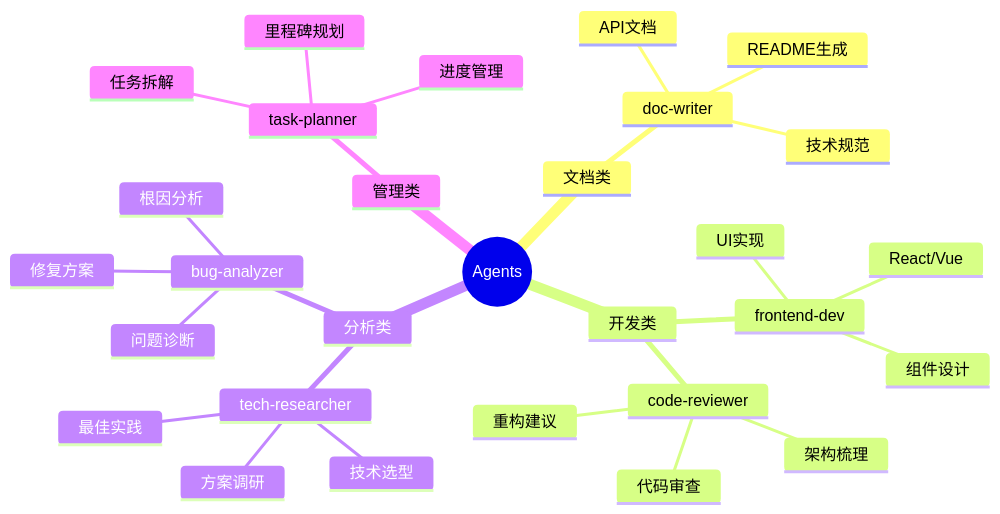
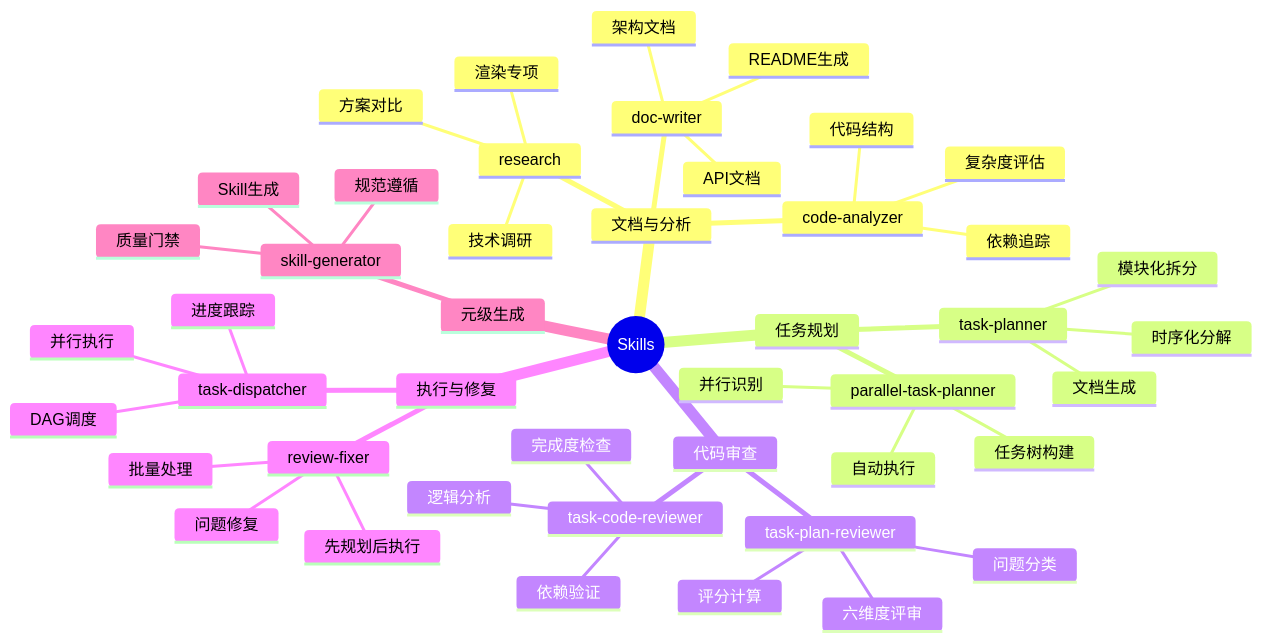
One commit to JIA-ss/agents changed the second of 3 diagrams in README.md. Above: the diagram before and after it, drawn with Mermaid. The commit also changed other lines of this file and 32 other files, not shown here.

````diff
--- a/README.md
+++ b/README.md
@@ -213,32 +120,49 @@
 ```mermaid
 mindmap
-  root((Agents))
-    文档类
+  root((Skills))
+    文档与分析
       doc-writer
         README生成
         API文档
-        技术规范
-    开发类
-      frontend-dev
-        React/Vue
-        UI实现
-        组件设计
-      code-reviewer
-        代码审查
-        架构梳理
-        重构建议
-    分析类
-      tech-researcher
-        技术选型
-        方案调研
-        最佳实践
-      bug-analyzer
-        问题诊断
-        根因分析
-        修复方案
-    管理类
+        架构文档
+      code-analyzer
+        代码结构
+        依赖追踪
+        复杂度评估
+      research
+        技术调研
+        方案对比
+        渲染专项
+    任务规划
       task-planner
-        任务拆解
-        里程碑规划
-        进度管理
+        模块化拆分
+        时序化分解
+        文档生成
+      parallel-task-planner
+        并行识别
+        任务树构建
+        自动执行
+    代码审查
+      task-code-reviewer
+        完成度检查
+        依赖验证
+        逻辑分析
+      task-plan-reviewer
+        六维度评审
+        评分计算
+        问题分类
+    执行与修复
+      task-dispatcher
+        DAG调度
+        并行执行
+        进度跟踪
+      review-fixer
+        问题修复
+        先规划后执行
+        批量处理
+    元级生成
+      skill-generator
+        Skill生成
+        规范遵循
+        质量门禁
 ```
````
